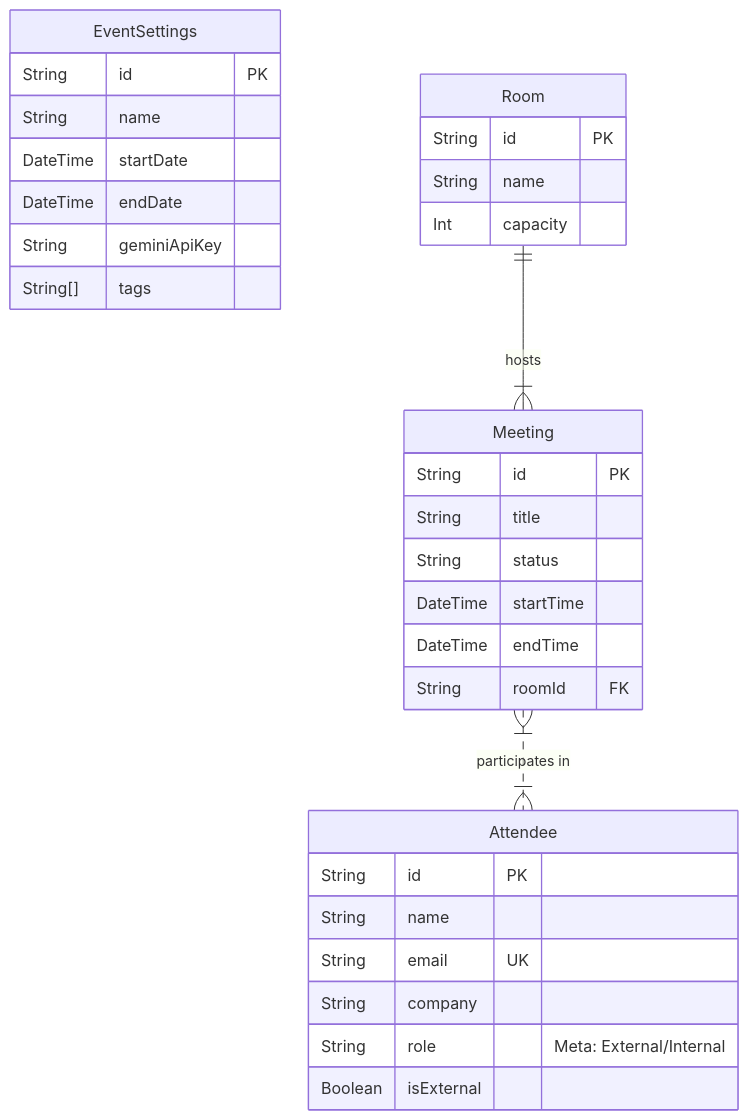
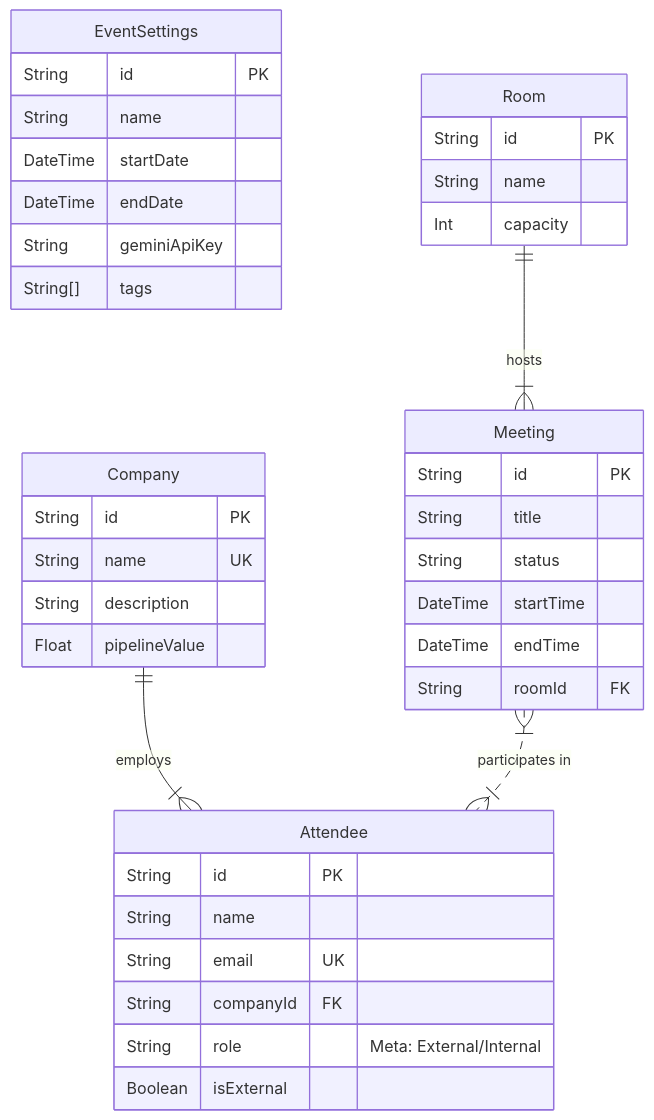
Before and after one commit to eusholli/event-planner: the diagram in WEBAPP_SPEC.md, drawn with Mermaid. The commit also changed 4 other files, not shown here.

````diff
--- a/WEBAPP_SPEC.md
+++ b/WEBAPP_SPEC.md
@@ -55,38 +55,46 @@
 ```mermaid
 erDiagram
     EventSettings {
         String id PK
         String name
         DateTime startDate
         DateTime endDate
         String geminiApiKey
         String[] tags
     }
 
+    Company {
+        String id PK
+        String name UK
+        String description
+        Float pipelineValue
+    }
+
     Attendee {
         String id PK
         String name
         String email UK
-        String company
+        String companyId FK
         String role "Meta: External/Internal"
         Boolean isExternal
     }
 
     Room {
         String id PK
         String name
         Int capacity
     }
 
     Meeting {
         String id PK
         String title
         String status
         DateTime startTime
         DateTime endTime
         String roomId FK
     }
 
+    Company ||--|{ Attendee : "employs"
     Meeting }|..|{ Attendee : "participates in"
     Room ||--|{ Meeting : "hosts"
 ```
````
